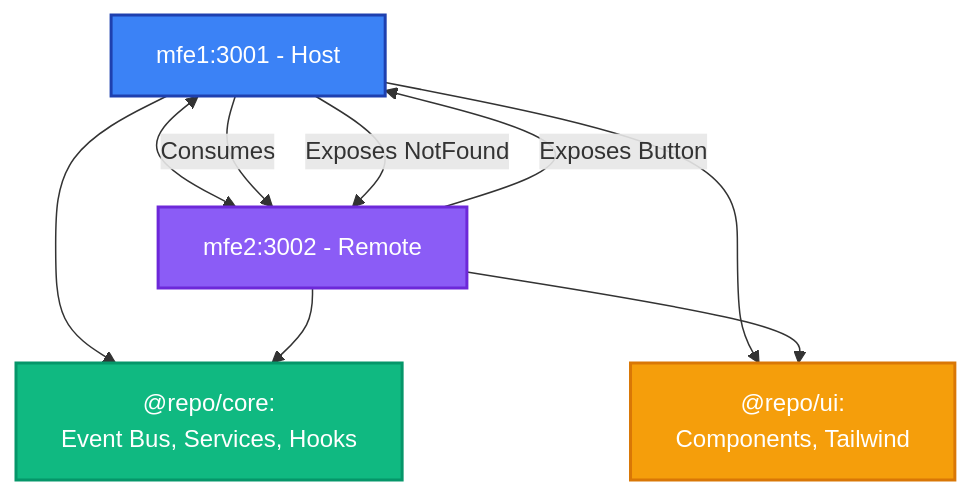
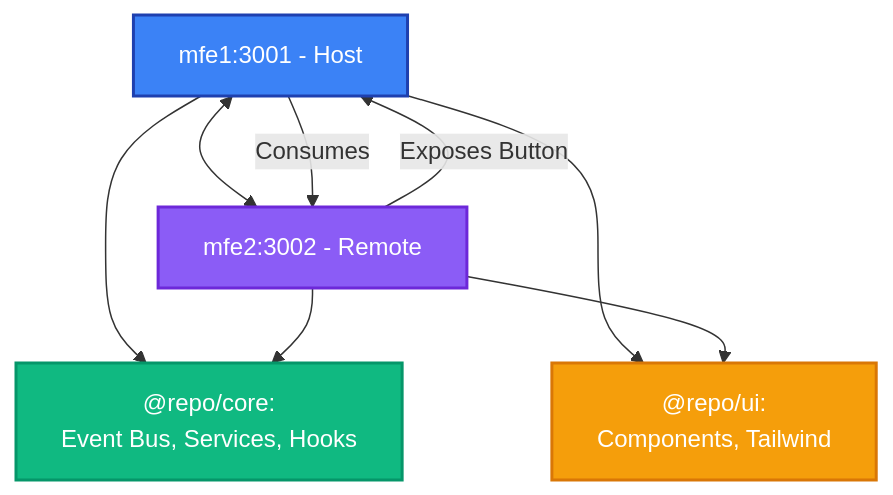
Before and after one commit to nguyenhuykhai/Project-Task-Management: the diagram in packages/docs/docs/intro.md, drawn with Mermaid. The commit also changed 5 other files, not shown here.

````diff
--- a/packages/docs/docs/intro.md
+++ b/packages/docs/docs/intro.md
@@ -37,18 +37,17 @@
 ```mermaid
 graph TB
     A[mfe1:3001 - Host] <--> B[mfe2:3002 - Remote]
     A --> |Consumes| B
     B --> |Exposes Button| A
-    A --> |Exposes NotFound| B
     A --> C
     A --> D
     B --> C
     B --> D
     C["@repo/core:<br/>Event Bus, Services, Hooks"]
     D["@repo/ui:<br/>Components, Tailwind"]
 
     style A fill:#3b82f6,stroke:#1e40af,stroke-width:2px,color:#fff
     style B fill:#8b5cf6,stroke:#6d28d9,stroke-width:2px,color:#fff
     style C fill:#10b981,stroke:#059669,stroke-width:2px,color:#fff
     style D fill:#f59e0b,stroke:#d97706,stroke-width:2px,color:#fff
 ```
````
